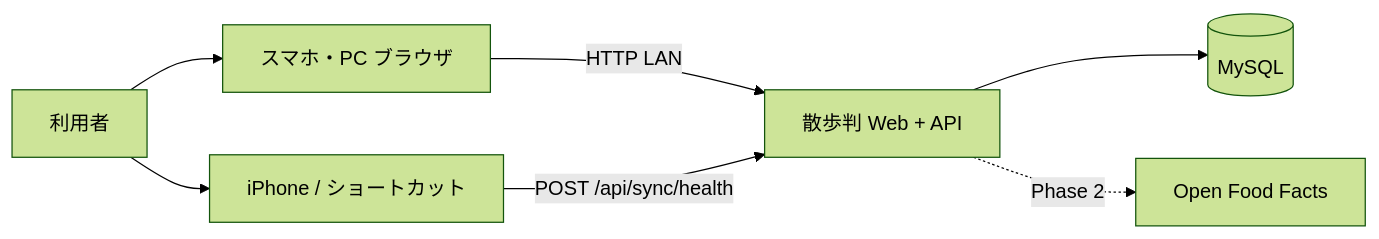
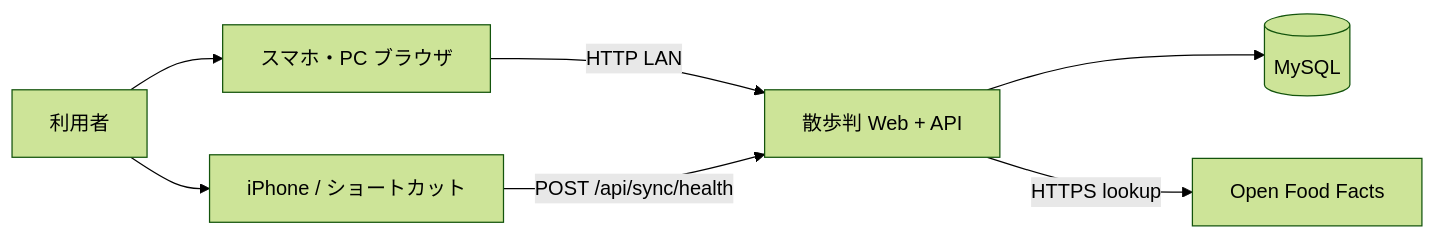
One commit to dozaemon102/sanpo-ban changed the diagram in docs/architecture/system-context.md. Above: the diagram before and after it, drawn with Mermaid (forest theme). The commit also changed other lines of this file and 5 other files, not shown here.

````diff
--- a/docs/architecture/system-context.md
+++ b/docs/architecture/system-context.md
@@ -19,16 +19,16 @@
 ```mermaid
 flowchart LR
   User[利用者]
   iPhone[iPhone / ショートカット]
   Browser[スマホ・PC ブラウザ]
   App[散歩判 Web + API]
   MySQL[(MySQL)]
   OFF[Open Food Facts]
 
   User --> Browser
   User --> iPhone
   Browser -->|HTTP LAN| App
   iPhone -->|POST /api/sync/health| App
   App --> MySQL
-  App -.->|Phase 2| OFF
+  App -->|HTTPS lookup| OFF
 ```
````
